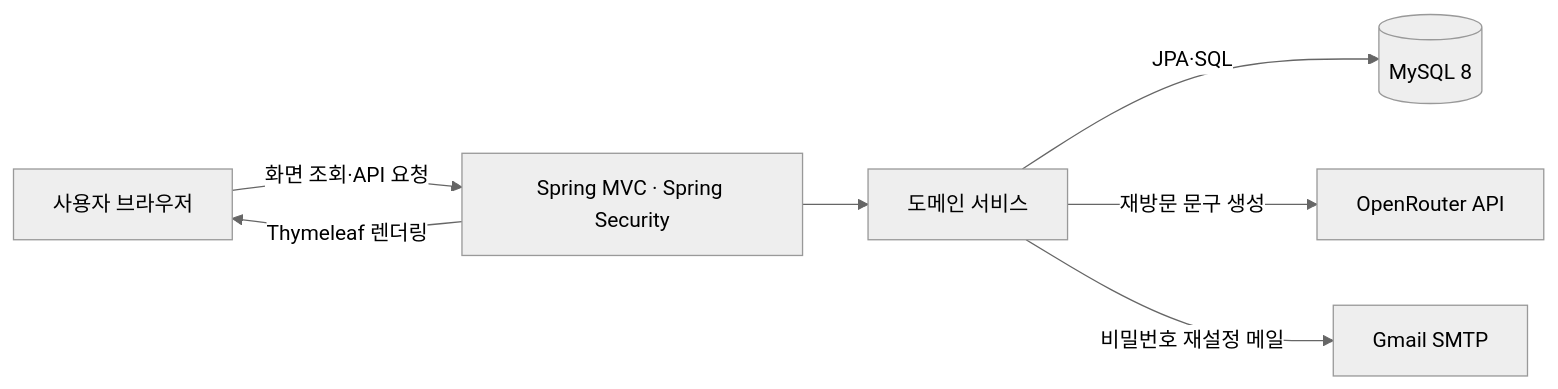
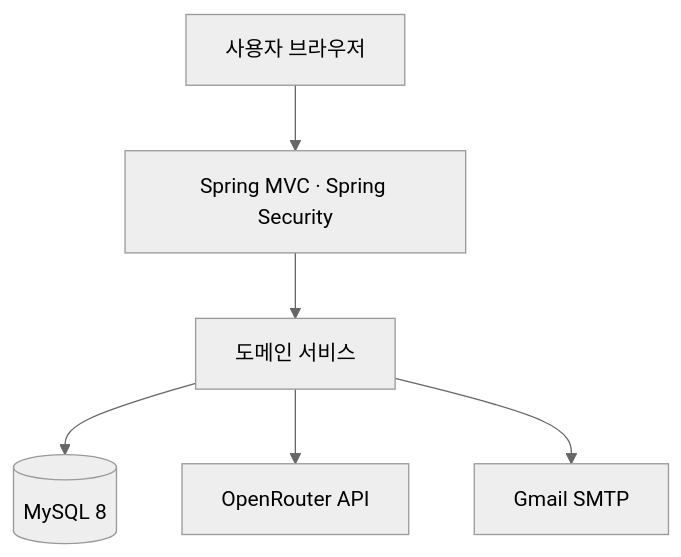
The diagram in README.md (sanghui4542-ship-it/Final_Project_CRM), drawn with Mermaid (neutral theme) before and after one commit. The commit also changed other lines of this file, not shown here.

````diff
--- a/README.md
+++ b/README.md
@@ -70,9 +70,8 @@
 ```mermaid
-flowchart LR
-    Browser["사용자 브라우저"] -->|"화면 조회·API 요청"| Web["Spring MVC · Spring Security"]
+flowchart TD
+    Browser["사용자 브라우저"] --> Web["Spring MVC · Spring Security"]
     Web --> Service["도메인 서비스"]
-    Service -->|"JPA·SQL"| DB[("MySQL 8")]
-    Web -->|"Thymeleaf 렌더링"| Browser
-    Service -->|"재방문 문구 생성"| AI["OpenRouter API"]
-    Service -->|"비밀번호 재설정 메일"| Mail["Gmail SMTP"]
+    Service --> DB[("MySQL 8")]
+    Service --> AI["OpenRouter API"]
+    Service --> Mail["Gmail SMTP"]
 ```
````
